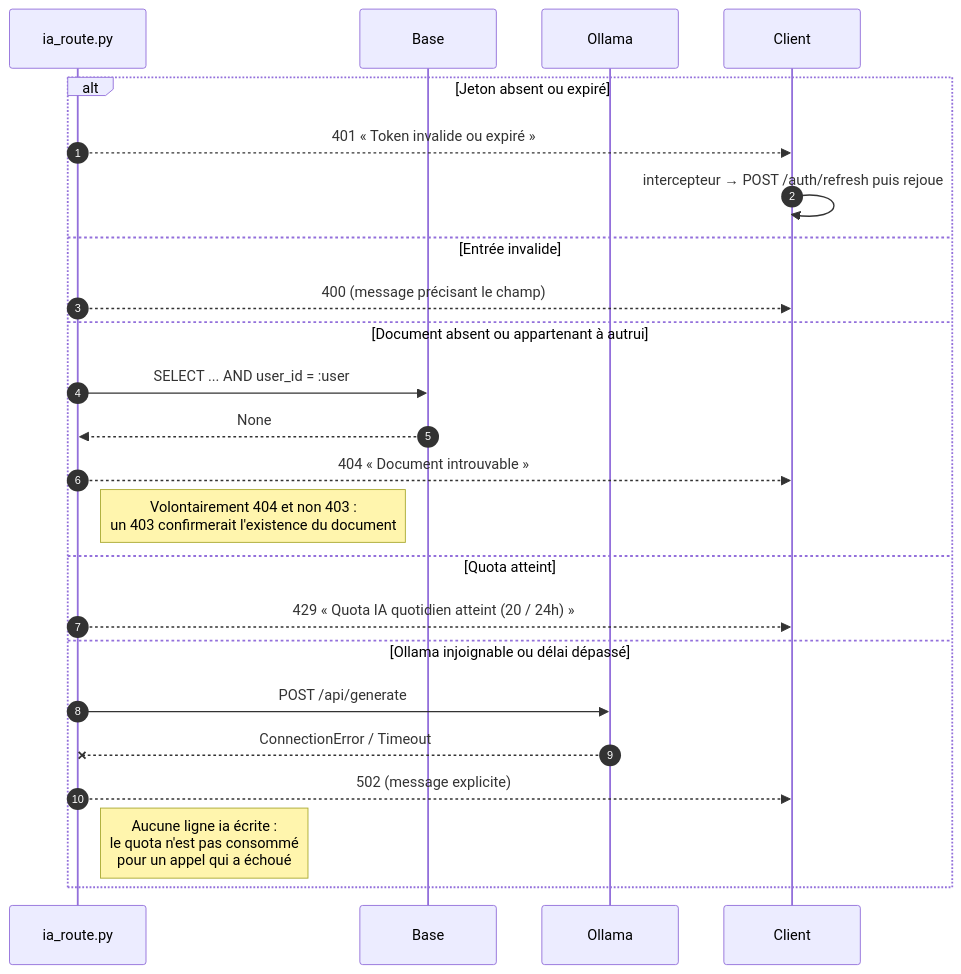
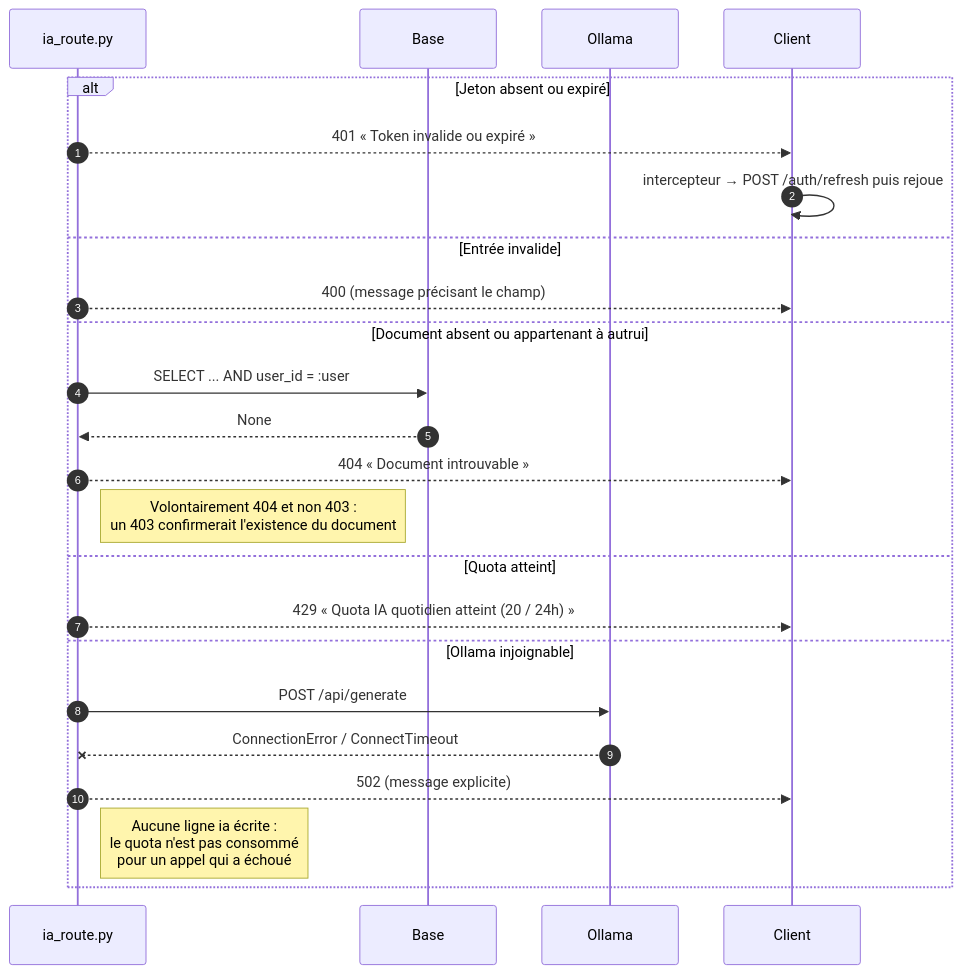
Before and after one commit to Equinoxya/HelpMeDraft---projet-fil-rouge: the second of 4 diagrams in docs/conception/06-diagrammes-sequence.md, drawn with Mermaid. The commit also changed 12 other files, not shown here.

````diff
--- a/docs/conception/06-diagrammes-sequence.md
+++ b/docs/conception/06-diagrammes-sequence.md
@@ -88,27 +88,27 @@
 ```mermaid
 sequenceDiagram
     autonumber
     participant RT as ia_route.py
     participant DB as Base
     participant OL as Ollama
     participant CL as Client
 
     alt Jeton absent ou expiré
         RT-->>CL: 401 « Token invalide ou expiré »
         CL->>CL: intercepteur → POST /auth/refresh puis rejoue
     else Entrée invalide
         RT-->>CL: 400 (message précisant le champ)
     else Document absent ou appartenant à autrui
         RT->>DB: SELECT ... AND user_id = :user
         DB-->>RT: None
         RT-->>CL: 404 « Document introuvable »
         note right of RT: Volontairement 404 et non 403 :<br/>un 403 confirmerait l'existence du document
     else Quota atteint
         RT-->>CL: 429 « Quota IA quotidien atteint (20 / 24h) »
-    else Ollama injoignable ou délai dépassé
+    else Ollama injoignable
         RT->>OL: POST /api/generate
-        OL--xRT: ConnectionError / Timeout
+        OL--xRT: ConnectionError / ConnectTimeout
         RT-->>CL: 502 (message explicite)
         note right of RT: Aucune ligne ia écrite :<br/>le quota n'est pas consommé<br/>pour un appel qui a échoué
     end
 ```
````
